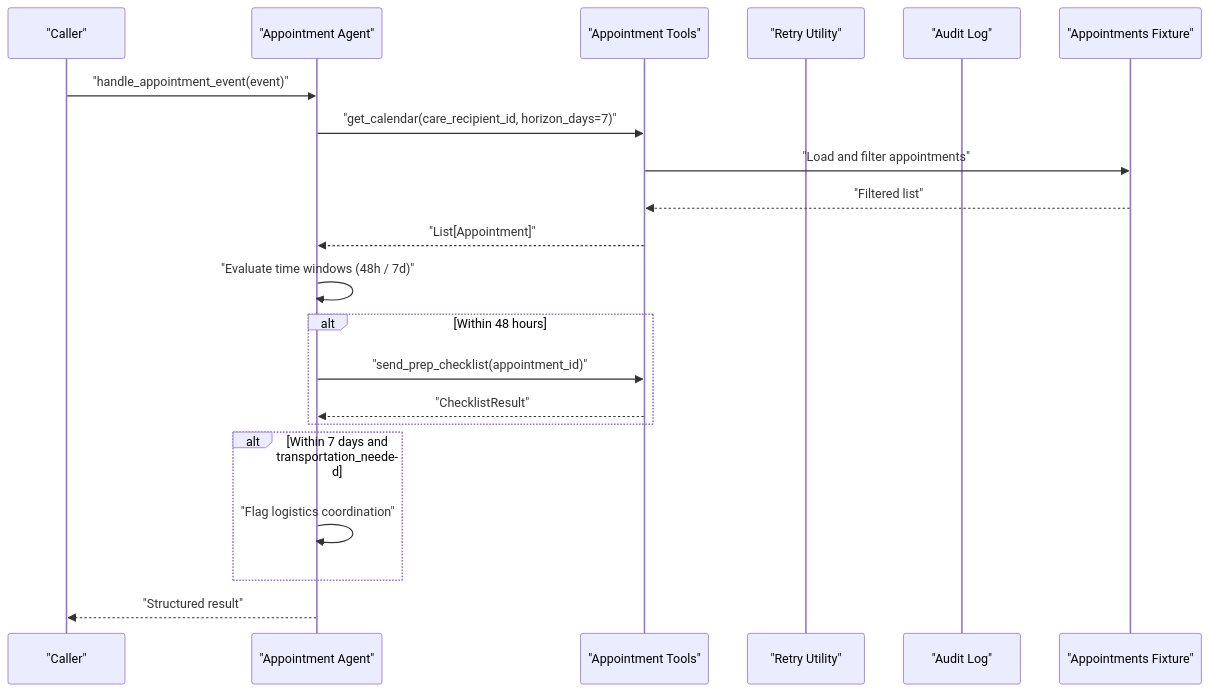
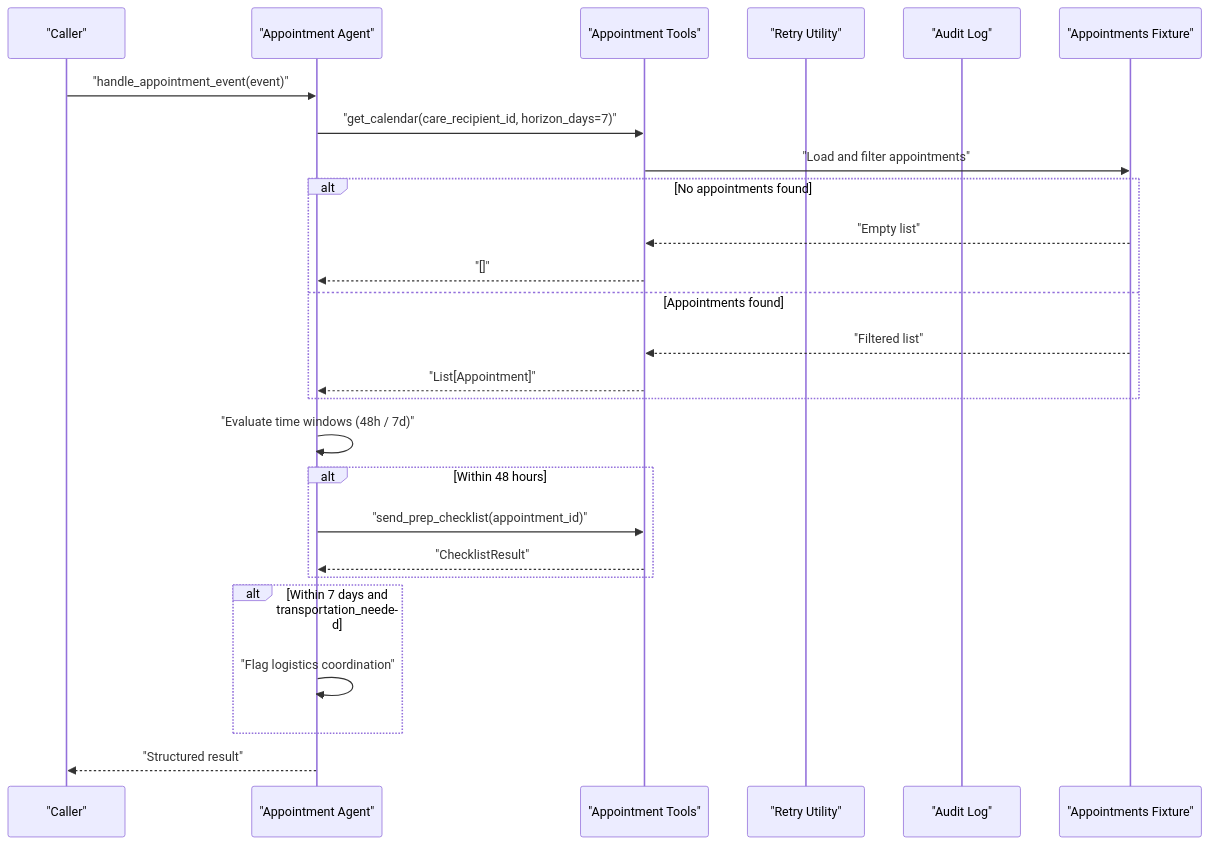
The second of 5 diagrams in .qoder/repowiki/en/content/External Integrations/Appointment Tools.md (infamous-rebel/CareBridge), drawn with Mermaid before and after one commit. The commit also changed other lines of this file and 6 other files, not shown here.

````diff
--- a/.qoder/repowiki/en/content/External Integrations/Appointment Tools.md
+++ b/.qoder/repowiki/en/content/External Integrations/Appointment Tools.md
@@ -132,23 +139,28 @@
 ```mermaid
 sequenceDiagram
 participant Client as "Caller"
 participant Agent as "Appointment Agent"
 participant Tools as "Appointment Tools"
 participant Retry as "Retry Utility"
 participant Audit as "Audit Log"
 participant Fixture as "Appointments Fixture"
 Client->>Agent : "handle_appointment_event(event)"
 Agent->>Tools : "get_calendar(care_recipient_id, horizon_days=7)"
 Tools->>Fixture : "Load and filter appointments"
+alt No appointments found
+Fixture-->>Tools : "Empty list"
+Tools-->>Agent : "[]"
+else Appointments found
 Fixture-->>Tools : "Filtered list"
 Tools-->>Agent : "List[Appointment]"
+end
 Agent->>Agent : "Evaluate time windows (48h / 7d)"
 alt Within 48 hours
 Agent->>Tools : "send_prep_checklist(appointment_id)"
 Tools-->>Agent : "ChecklistResult"
 end
 alt Within 7 days and transportation_needed
 Agent->>Agent : "Flag logistics coordination"
 end
 Agent-->>Client : "Structured result"
 ```
````
